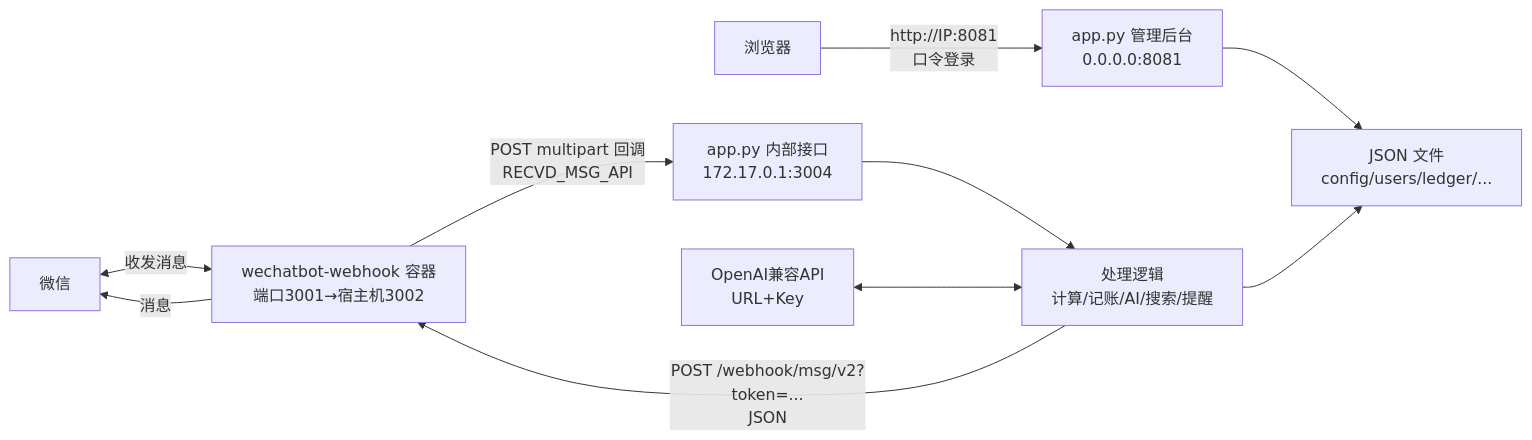
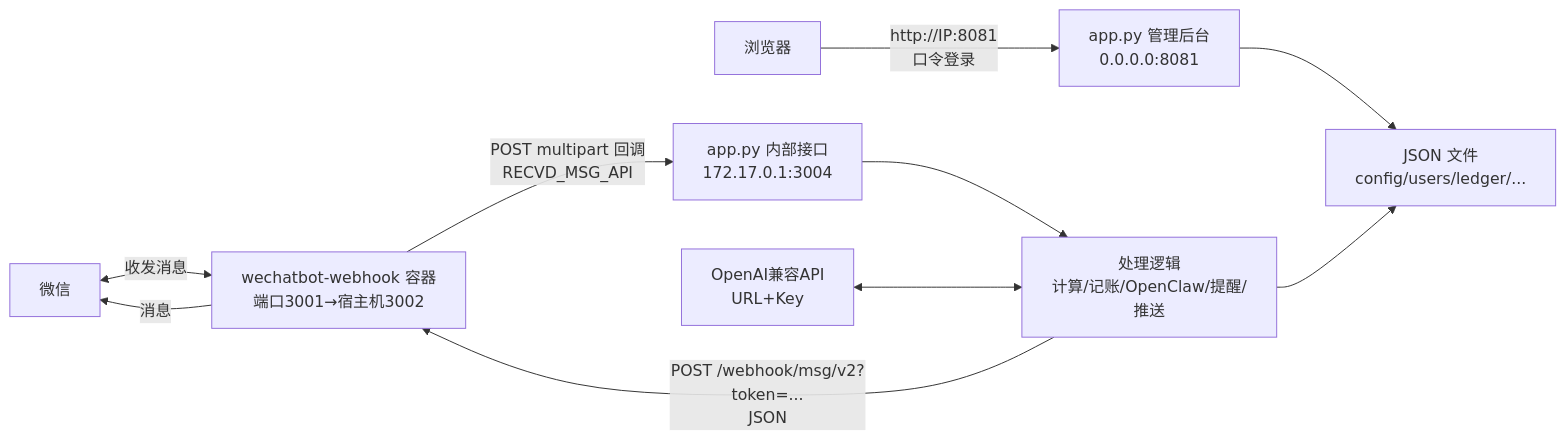
Before and after one commit to Xiangcainoeat/wechat-bot-wxbot-reply: the diagram in README.md, drawn with Mermaid. The commit also changed other lines of this file and 4 other files, not shown here.

First line of the commit message:
fix(微信路由): 统一 OpenClaw 对话与动作触发

````diff
--- a/README.md
+++ b/README.md
@@ -231,12 +221,12 @@
 ```mermaid
 flowchart LR
     WX[微信] <-->|收发消息| C[wechatbot-webhook 容器<br/>端口3001→宿主机3002]
     C -->|"POST multipart 回调<br/>RECVD_MSG_API"| I[app.py 内部接口<br/>172.17.0.1:3004]
-    I --> P[处理逻辑<br/>计算/记账/AI/搜索/提醒]
+    I --> P[处理逻辑<br/>计算/记账/OpenClaw/提醒/推送]
     P -->|"POST /webhook/msg/v2?token=...<br/>JSON"| C
     C -->|消息| WX
     B[浏览器] -->|"http://IP:8081<br/>口令登录"| V[app.py 管理后台<br/>0.0.0.0:8081]
     V --> F[JSON 文件<br/>config/users/ledger/...]
     P --> F
     A[OpenAI兼容API<br/>URL+Key] <--> P
 ```
````
